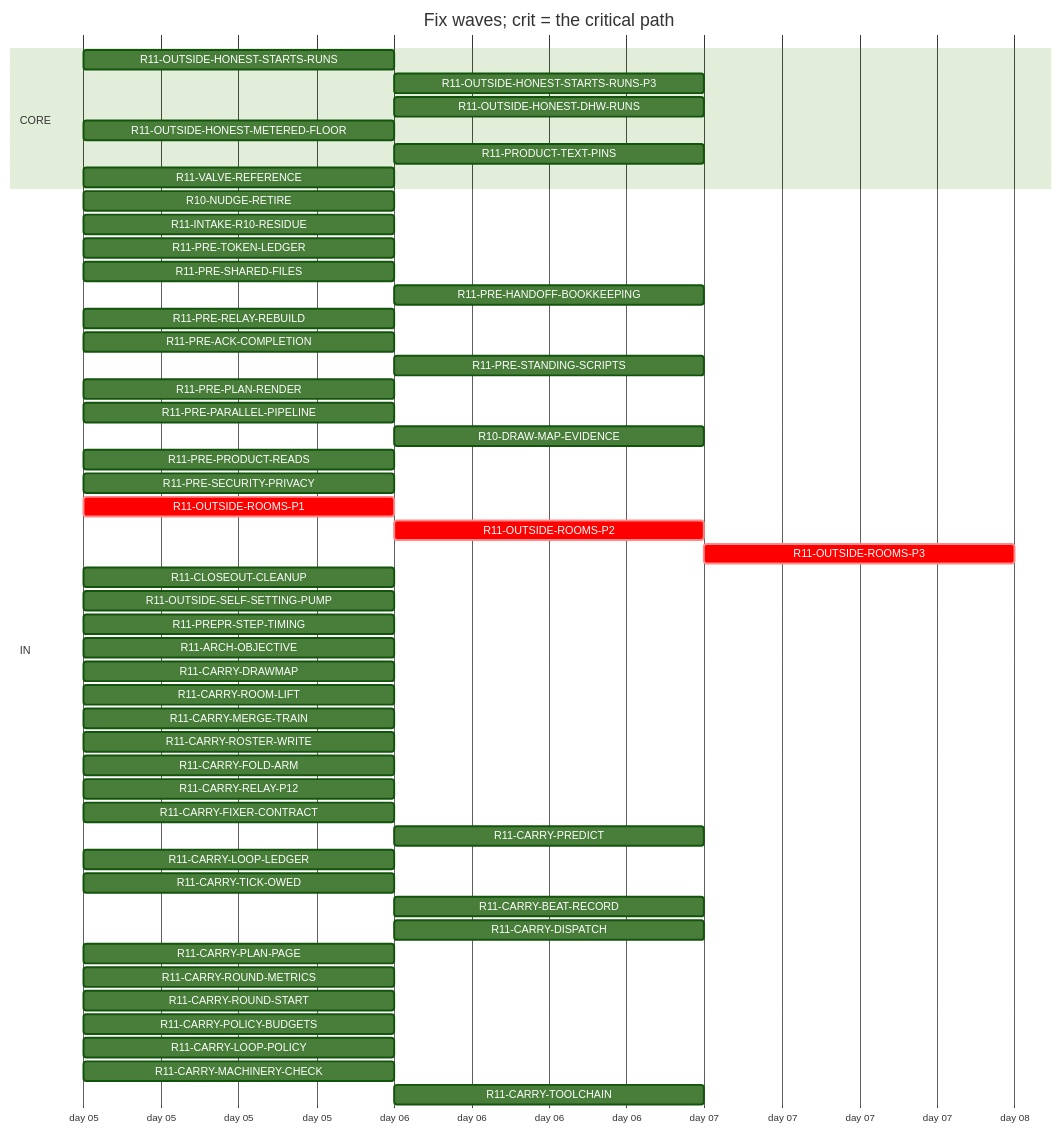
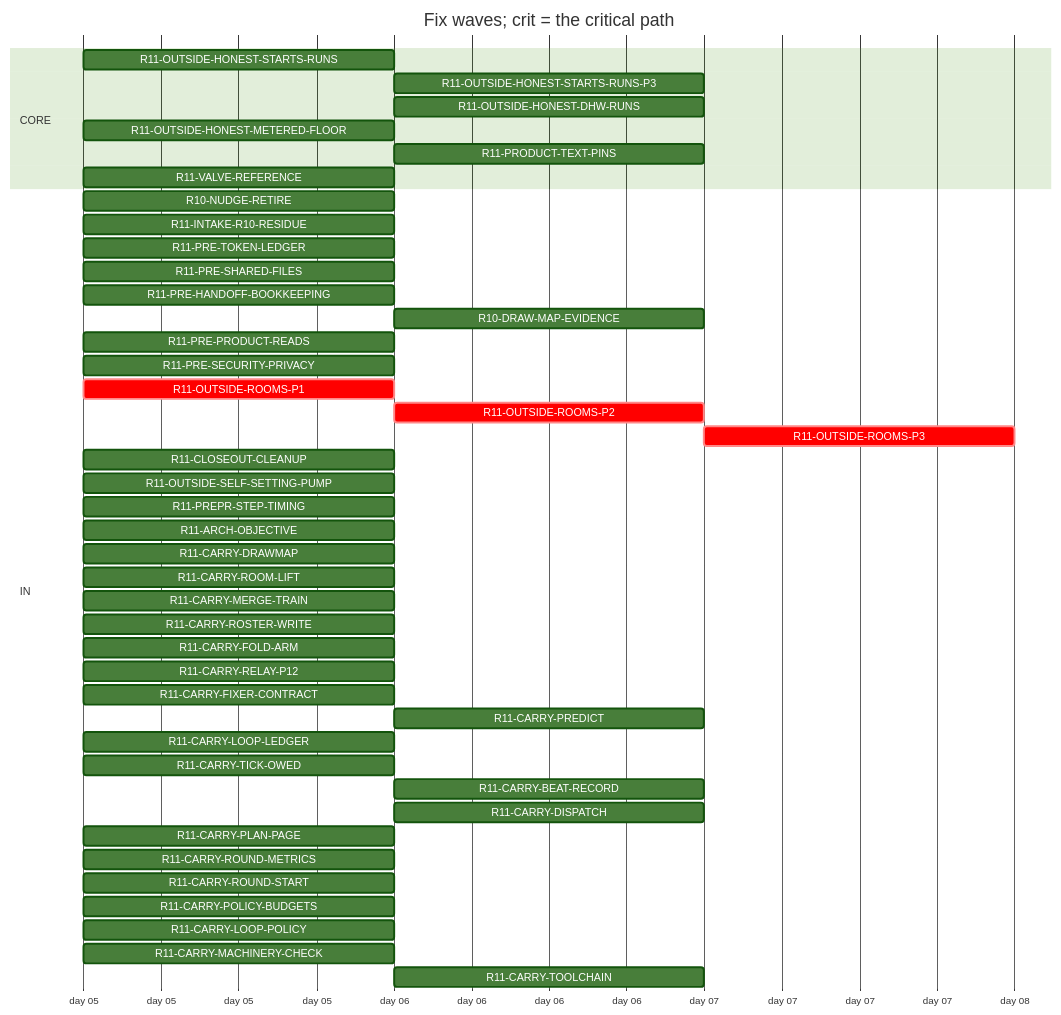
One commit to tvofi/heatpump_optimizer changed the diagram in handoff/round11/state/PLAN-TABLE.md. Above: the diagram before and after it, drawn with Mermaid (forest theme). The commit also changed other lines of this file and 4 other files, not shown here.

Commit message:
state: FLOW-BOARD.md, NEXT-SESSION-PROMPT.md, PLAN-TABLE.md, PLAN.html, RESUME-CURRENT.md regenerated (state_docs.py)

````diff
--- a/handoff/round11/state/PLAN-TABLE.md
+++ b/handoff/round11/state/PLAN-TABLE.md
@@ -15,53 +15,48 @@
 ```mermaid
 gantt
   title Fix waves; crit = the critical path
   dateFormat YYYY-MM-DD
   axisFormat day %d
   section CORE
     R11-OUTSIDE-HONEST-STARTS-RUNS :r11OUTSIDEHONESTSTARTSRUNS, 2026-01-05, 1d
     R11-OUTSIDE-HONEST-STARTS-RUNS-P3 :r11OUTSIDEHONESTSTARTSRUNSP3, after r11OUTSIDEHONESTSTARTSRUNS, 1d
     R11-OUTSIDE-HONEST-DHW-RUNS :r11OUTSIDEHONESTDHWRUNS, after r11OUTSIDEHONESTSTARTSRUNS, 1d
     R11-OUTSIDE-HONEST-METERED-FLOOR :r11OUTSIDEHONESTMETEREDFLOOR, 2026-01-05, 1d
     R11-PRODUCT-TEXT-PINS :r11PRODUCTTEXTPINS, after r11OUTSIDEROOMSP1, 1d
     R11-VALVE-REFERENCE :r11VALVEREFERENCE, 2026-01-05, 1d
   section IN
     R10-NUDGE-RETIRE :r10NUDGERETIRE, 2026-01-05, 1d
     R11-INTAKE-R10-RESIDUE :r11INTAKER10RESIDUE, 2026-01-05, 1d
     R11-PRE-TOKEN-LEDGER :r11PRETOKENLEDGER, 2026-01-05, 1d
     R11-PRE-SHARED-FILES :r11PRESHAREDFILES, 2026-01-05, 1d
-    R11-PRE-HANDOFF-BOOKKEEPING :r11PREHANDOFFBOOKKEEPING, after r11PRERELAYREBUILD, 1d
-    R11-PRE-RELAY-REBUILD :r11PRERELAYREBUILD, 2026-01-05, 1d
-    R11-PRE-ACK-COMPLETION :r11PREACKCOMPLETION, 2026-01-05, 1d
-    R11-PRE-STANDING-SCRIPTS :r11PRESTANDINGSCRIPTS, after r11PREPARALLELPIPELINE, 1d
-    R11-PRE-PLAN-RENDER :r11PREPLANRENDER, 2026-01-05, 1d
-    R11-PRE-PARALLEL-PIPELINE :r11PREPARALLELPIPELINE, 2026-01-05, 1d
+    R11-PRE-HANDOFF-BOOKKEEPING :r11PREHANDOFFBOOKKEEPING, 2026-01-05, 1d
     R10-DRAW-MAP-EVIDENCE :r10DRAWMAPEVIDENCE, after r11OUTSIDESELFSETTINGPUMP, 1d
     R11-PRE-PRODUCT-READS :r11PREPRODUCTREADS, 2026-01-05, 1d
     R11-PRE-SECURITY-PRIVACY :r11PRESECURITYPRIVACY, 2026-01-05, 1d
     R11-OUTSIDE-ROOMS-P1 :crit, r11OUTSIDEROOMSP1, 2026-01-05, 1d
     R11-OUTSIDE-ROOMS-P2 :crit, r11OUTSIDEROOMSP2, after r11OUTSIDEROOMSP1, 1d
     R11-OUTSIDE-ROOMS-P3 :crit, r11OUTSIDEROOMSP3, after r11OUTSIDEROOMSP2, 1d
     R11-CLOSEOUT-CLEANUP :r11CLOSEOUTCLEANUP, 2026-01-05, 1d
     R11-OUTSIDE-SELF-SETTING-PUMP :r11OUTSIDESELFSETTINGPUMP, 2026-01-05, 1d
     R11-PREPR-STEP-TIMING :r11PREPRSTEPTIMING, 2026-01-05, 1d
     R11-ARCH-OBJECTIVE :r11ARCHOBJECTIVE, 2026-01-05, 1d
     R11-CARRY-DRAWMAP :r11CARRYDRAWMAP, 2026-01-05, 1d
     R11-CARRY-ROOM-LIFT :r11CARRYROOMLIFT, 2026-01-05, 1d
     R11-CARRY-MERGE-TRAIN :r11CARRYMERGETRAIN, 2026-01-05, 1d
     R11-CARRY-ROSTER-WRITE :r11CARRYROSTERWRITE, 2026-01-05, 1d
     R11-CARRY-FOLD-ARM :r11CARRYFOLDARM, 2026-01-05, 1d
     R11-CARRY-RELAY-P12 :r11CARRYRELAYP12, 2026-01-05, 1d
     R11-CARRY-FIXER-CONTRACT :r11CARRYFIXERCONTRACT, 2026-01-05, 1d
     R11-CARRY-PREDICT :r11CARRYPREDICT, after r11PREPRSTEPTIMING, 1d
     R11-CARRY-LOOP-LEDGER :r11CARRYLOOPLEDGER, 2026-01-05, 1d
     R11-CARRY-TICK-OWED :r11CARRYTICKOWED, 2026-01-05, 1d
     R11-CARRY-BEAT-RECORD :r11CARRYBEATRECORD, after r11CARRYROSTERWRITE, 1d
     R11-CARRY-DISPATCH :r11CARRYDISPATCH, after r11PRETOKENLEDGER, 1d
     R11-CARRY-PLAN-PAGE :r11CARRYPLANPAGE, 2026-01-05, 1d
     R11-CARRY-ROUND-METRICS :r11CARRYROUNDMETRICS, 2026-01-05, 1d
     R11-CARRY-ROUND-START :r11CARRYROUNDSTART, 2026-01-05, 1d
     R11-CARRY-POLICY-BUDGETS :r11CARRYPOLICYBUDGETS, 2026-01-05, 1d
     R11-CARRY-LOOP-POLICY :r11CARRYLOOPPOLICY, 2026-01-05, 1d
     R11-CARRY-MACHINERY-CHECK :r11CARRYMACHINERYCHECK, 2026-01-05, 1d
     R11-CARRY-TOOLCHAIN :r11CARRYTOOLCHAIN, after r11CARRYMERGETRAIN, 1d
 ```
````
